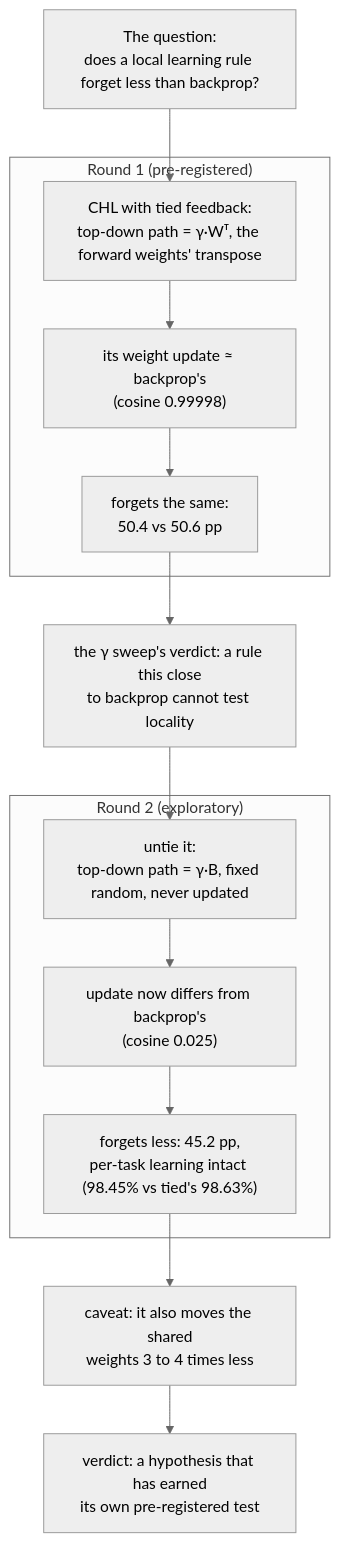
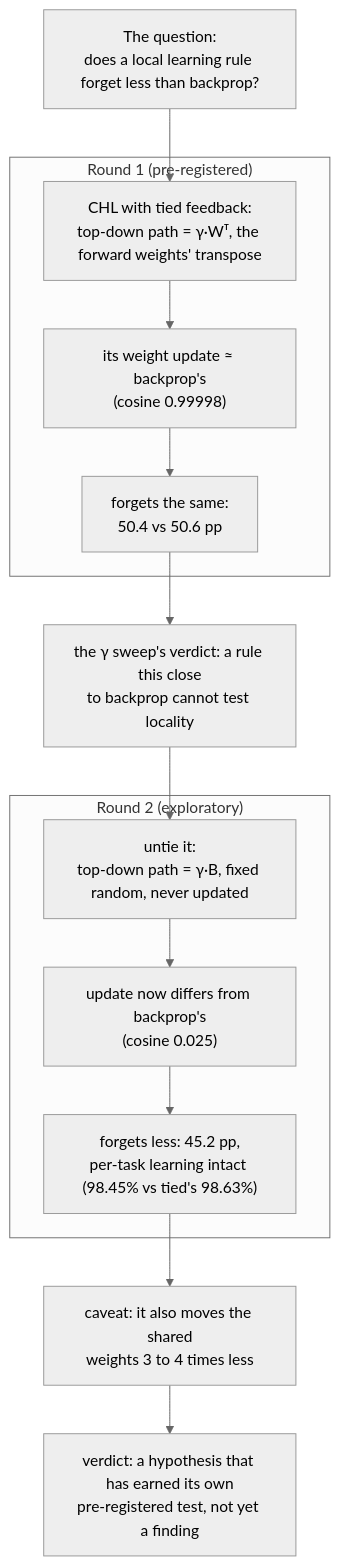
Before and after one commit to madara88645/does-locality-help: the diagram in README.md, drawn with Mermaid (neutral theme). The commit also changed other lines of this file, not shown here.

First line of the commit message:
docs: restore the not-a-finding caveat the style pass deleted

````diff
--- a/README.md
+++ b/README.md
@@ -18,19 +18,19 @@
 ```mermaid
 flowchart TD
     Q["The question:<br/>does a local learning rule forget less than backprop?"]
     Q --> A
     subgraph R1 ["Round 1 (pre-registered)"]
         A["CHL with tied feedback:<br/>top-down path = γ·Wᵀ, the forward weights' transpose"]
         A --> B["its weight update ≈ backprop's<br/>(cosine 0.99998)"]
         B --> C["forgets the same:<br/>50.4 vs 50.6 pp"]
     end
     C --> D["the γ sweep's verdict: a rule this close<br/>to backprop cannot test locality"]
     D --> E
     subgraph R2 ["Round 2 (exploratory)"]
         E["untie it:<br/>top-down path = γ·B, fixed random, never updated"]
         E --> F["update now differs from backprop's<br/>(cosine 0.025)"]
         F --> G["forgets less: 45.2 pp,<br/>per-task learning intact (98.45% vs tied's 98.63%)"]
     end
     G --> H["caveat: it also moves the shared<br/>weights 3 to 4 times less"]
-    H --> V["verdict: a hypothesis that has earned<br/>its own pre-registered test"]
+    H --> V["verdict: a hypothesis that has earned its own<br/>pre-registered test, not yet a finding"]
 ```
````
